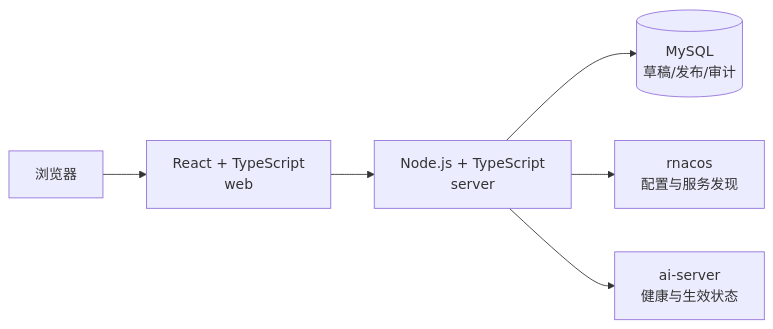
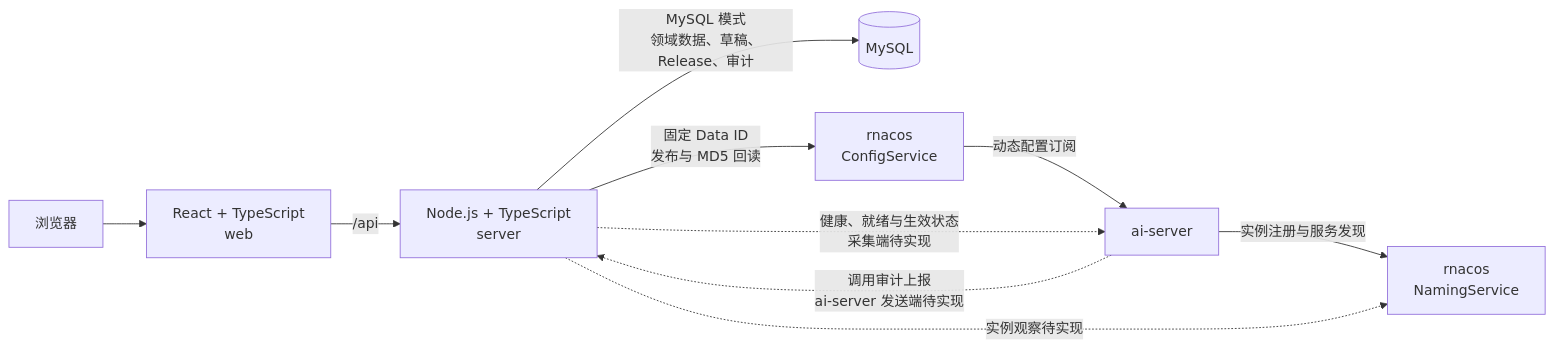
The diagram in README.zh-CN.md (fiber-net-gateway/ai-gateway), drawn with Mermaid before and after one commit. The commit also changed other lines of this file and 1 other file, not shown here.

Commit message:
docs: correct README architecture

````diff
--- a/README.zh-CN.md
+++ b/README.zh-CN.md
@@ -25,8 +25,12 @@
 ```mermaid
 flowchart LR
     B[浏览器] --> W[React + TypeScript<br/>web]
-    W --> A[Node.js + TypeScript<br/>server]
-    A --> D[(MySQL<br/>草稿/发布/审计)]
-    A --> N[rnacos<br/>配置与服务发现]
-    A --> S[ai-server<br/>健康与生效状态]
+    W -->|/api| A[Node.js + TypeScript<br/>server]
+    A -->|MySQL 模式<br/>领域数据、草稿、Release、审计| D[(MySQL)]
+    A -->|固定 Data ID<br/>发布与 MD5 回读| C[rnacos<br/>ConfigService]
+    C -->|动态配置订阅| S[ai-server]
+    S -->|实例注册与服务发现| N[rnacos<br/>NamingService]
+    S -.->|调用审计上报<br/>ai-server 发送端待实现| A
+    A -.->|健康、就绪与生效状态<br/>采集端待实现| S
+    A -.->|实例观察待实现| N
 ```
````
